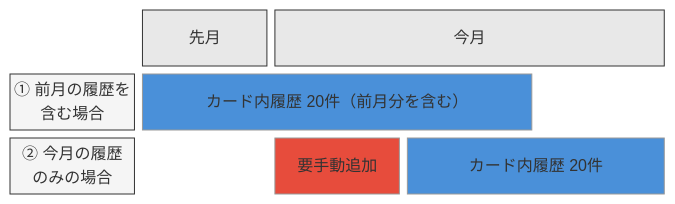
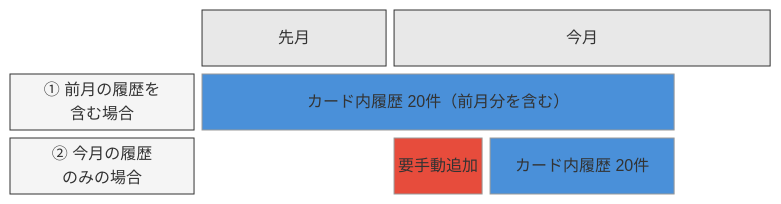
One commit to kuwayamamasayuki/ICCardManager changed the diagram in ICCardManager/docs/manual/管理者マニュアル.md. Above: the diagram before and after it, drawn with Mermaid (neutral theme).

Commit message:
docs: block-beta図のレイアウトを8列構成に修正 (#950)
- ①②ラベルを同じ列幅(2列)で縦方向に揃える
- ケース①の帯を先月領域(col3-4)まで伸ばす
- 要手動追加の左端を今月の左端(col5)に揃える
- 両カード内履歴の右端をcol7で揃え今月末(col8)の手前に配置

````diff
--- a/ICCardManager/docs/manual/管理者マニュアル.md
+++ b/ICCardManager/docs/manual/管理者マニュアル.md
@@ -376,23 +376,23 @@
 ```mermaid
 block-beta
-    columns 5
-    space:1 B["先月"]:1 C["今月"]:3
+    columns 8
+    space:2 B["先月"]:2 C["今月"]:4
 
-    A1["① 前月の履歴を\n含む場合"]:1
-    space:0
-    D1["カード内履歴 20件（前月分を含む）"]:3
+    A1["① 前月の履歴を\n含む場合"]:2
+    D1["カード内履歴 20件（前月分を含む）"]:5
     space:1
 
-    A2["② 今月の履歴\nのみの場合"]:1
-    space:1
+    A2["② 今月の履歴\nのみの場合"]:2
+    space:2
     E2["要手動追加"]:1
     D2["カード内履歴 20件"]:2
+    space:1
 
     style D1 fill:#4A90D9,color:#fff
     style D2 fill:#4A90D9,color:#fff
     style E2 fill:#E74C3C,color:#fff
     style A1 fill:#f5f5f5,stroke:#333
     style A2 fill:#f5f5f5,stroke:#333
     style B fill:#e8e8e8,stroke:#333
     style C fill:#e8e8e8,stroke:#333
 ```
````
